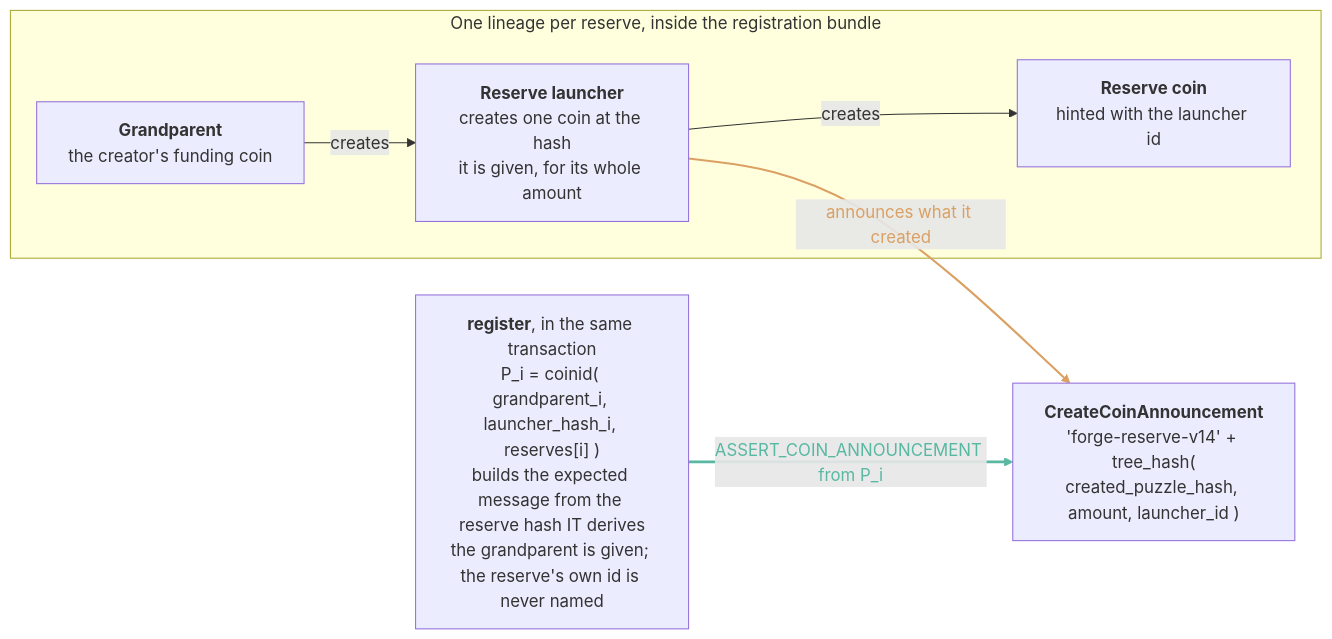
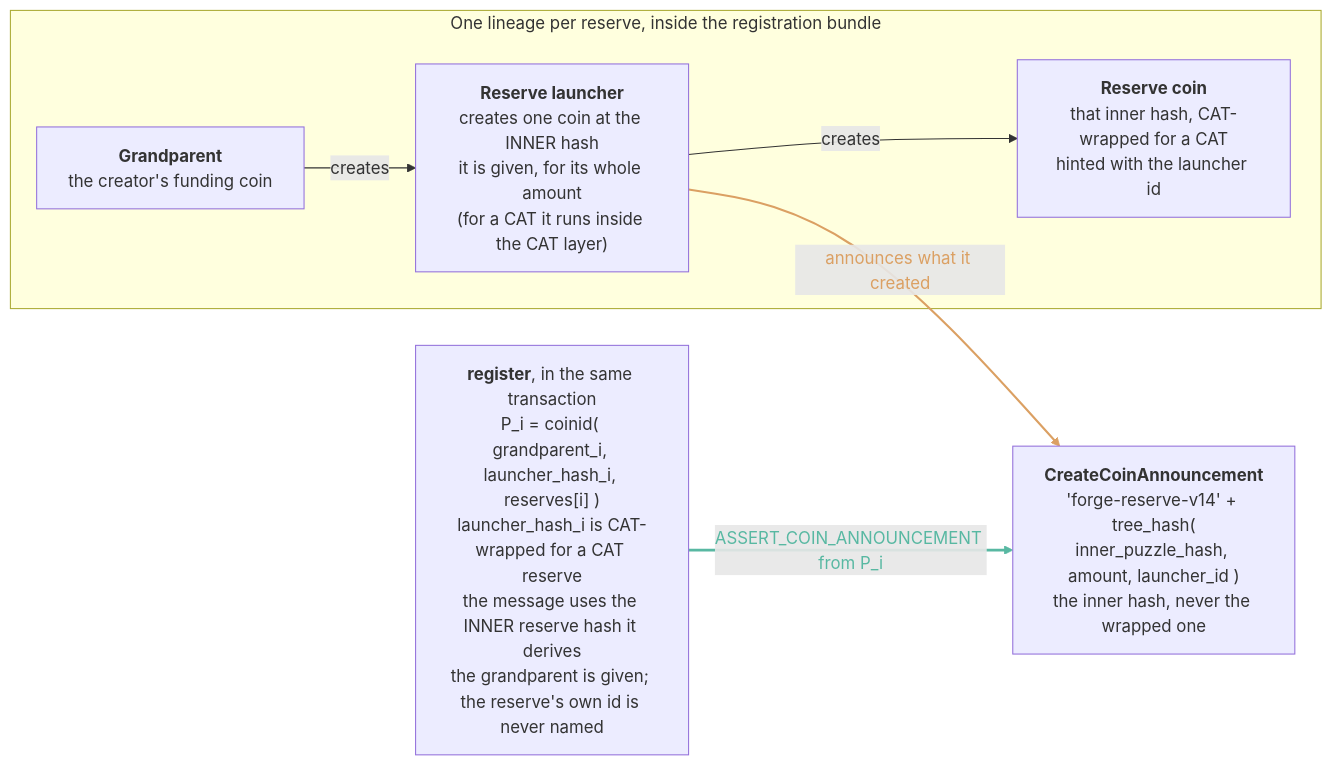
One commit to awizardxch/forge-puzzles changed the diagram in docs/chip/assets/chip-0062/reserve-proof.mmd. Above: the diagram before and after it, drawn with Mermaid. The commit also changed 17 other files, not shown here.

```diff
--- a/docs/chip/assets/chip-0062/reserve-proof.mmd
+++ b/docs/chip/assets/chip-0062/reserve-proof.mmd
@@ -1,17 +1,17 @@
 flowchart LR
     subgraph lineage["One lineage per reserve, inside the registration bundle"]
         GP["<b>Grandparent</b><br/>the creator's funding coin"]
-        LAUNCH["<b>Reserve launcher</b><br/>creates one coin at the hash<br/>it is given, for its whole amount"]
-        RES["<b>Reserve coin</b><br/>hinted with the launcher id"]
+        LAUNCH["<b>Reserve launcher</b><br/>creates one coin at the INNER hash<br/>it is given, for its whole amount<br/>(for a CAT it runs inside the CAT layer)"]
+        RES["<b>Reserve coin</b><br/>that inner hash, CAT-wrapped for a CAT<br/>hinted with the launcher id"]
         GP -->|"creates"| LAUNCH
         LAUNCH -->|"creates"| RES
     end
 
-    ANN["<b>CreateCoinAnnouncement</b><br/>'forge-reserve-v14' + tree_hash(<br/>created_puzzle_hash, amount, launcher_id )"]
-    REG["<b>register</b>, in the same transaction<br/>P_i = coinid( grandparent_i, launcher_hash_i, reserves[i] )<br/>builds the expected message from the reserve hash IT derives<br/>the grandparent is given; the reserve's own id is never named"]
+    ANN["<b>CreateCoinAnnouncement</b><br/>'forge-reserve-v14' + tree_hash(<br/>inner_puzzle_hash, amount, launcher_id )<br/>the inner hash, never the wrapped one"]
+    REG["<b>register</b>, in the same transaction<br/>P_i = coinid( grandparent_i, launcher_hash_i, reserves[i] )<br/>launcher_hash_i is CAT-wrapped for a CAT reserve<br/>the message uses the INNER reserve hash it derives<br/>the grandparent is given; the reserve's own id is never named"]
 
     LAUNCH -->|"announces what it created"| ANN
     REG ==>|"ASSERT_COIN_ANNOUNCEMENT from P_i"| ANN
 
     linkStyle 2 stroke:#dba063,stroke-width:2px,color:#dba063
     linkStyle 3 stroke:#58b8a2,stroke-width:2.5px,color:#58b8a2
```
